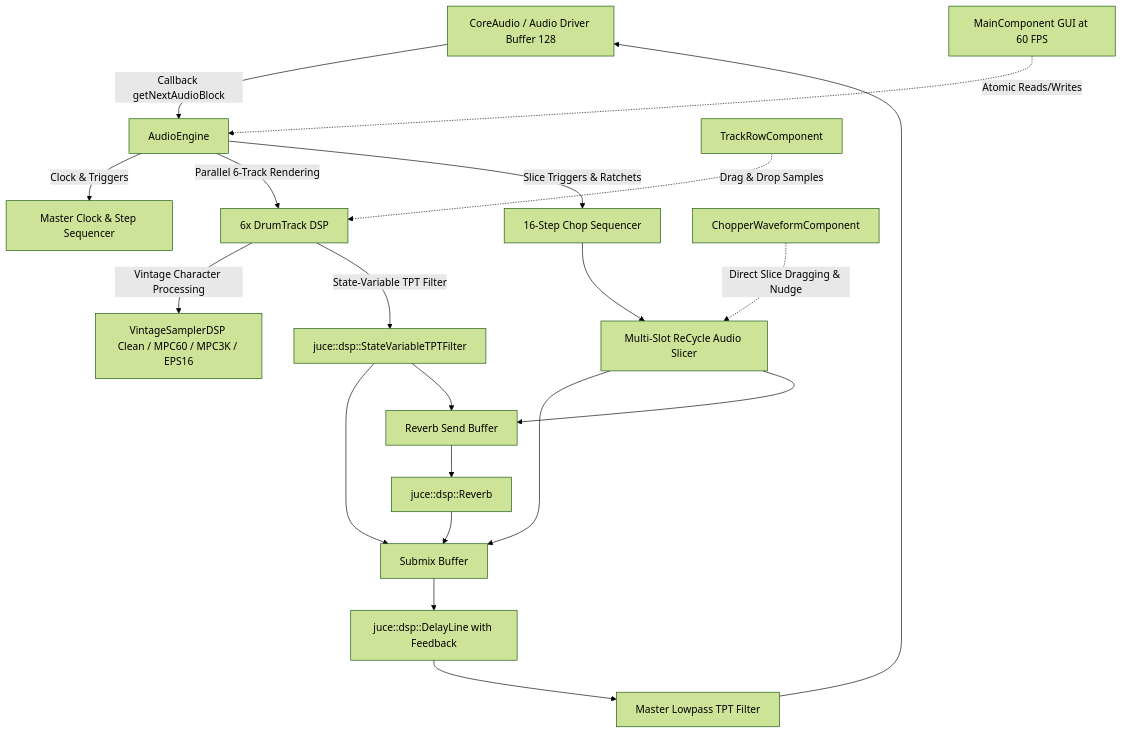
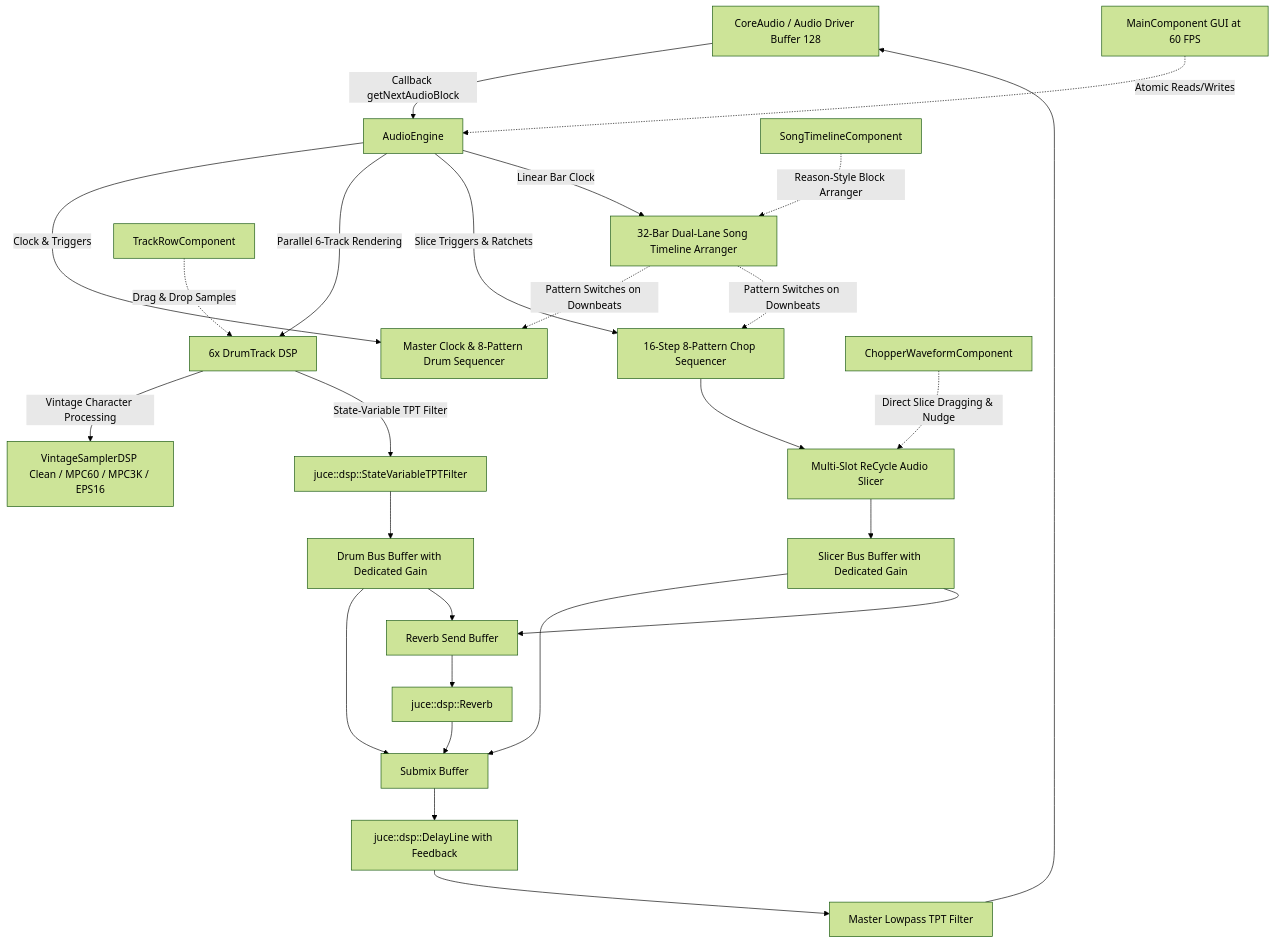
The diagram in breakstep_juce/TECHNICAL_DOCUMENTATION.md (Ultramal13/BreakStep), drawn with Mermaid (forest theme) before and after one commit. The commit also changed other lines of this file and 20 other files, not shown here.

Commit message:
feat: add Genre Style Presets, Independent Bus Volumes, 8-Pattern Banks, and Reason-Style Linear Song Timeline (v0.3.5)

````diff
--- a/breakstep_juce/TECHNICAL_DOCUMENTATION.md
+++ b/breakstep_juce/TECHNICAL_DOCUMENTATION.md
@@ -11,25 +11,32 @@
 ```mermaid
 graph TD
     HardwareAudio[CoreAudio / Audio Driver Buffer 128] -->|Callback getNextAudioBlock| AudioEngine
-    AudioEngine -->|Clock & Triggers| StepSequencer[Master Clock & Step Sequencer]
+    AudioEngine -->|Clock & Triggers| StepSequencer[Master Clock & 8-Pattern Drum Sequencer]
     AudioEngine -->|Parallel 6-Track Rendering| DrumTracks[6x DrumTrack DSP]
     DrumTracks -->|Vintage Character Processing| VintageDSP[VintageSamplerDSP Clean / MPC60 / MPC3K / EPS16]
     DrumTracks -->|State-Variable TPT Filter| TrackFilter[juce::dsp::StateVariableTPTFilter]
+    TrackFilter --> DrumBusBuffer[Drum Bus Buffer with Dedicated Gain]
     
-    AudioEngine -->|Slice Triggers & Ratchets| SliceSequencer[16-Step Chop Sequencer]
+    AudioEngine -->|Slice Triggers & Ratchets| SliceSequencer[16-Step 8-Pattern Chop Sequencer]
     SliceSequencer --> AudioSlicer[Multi-Slot ReCycle Audio Slicer]
-    AudioSlicer --> Submix[Submix Buffer]
+    AudioSlicer --> SlicerBusBuffer[Slicer Bus Buffer with Dedicated Gain]
     
-    TrackFilter --> Submix
-    TrackFilter --> ReverbSend[Reverb Send Buffer]
-    AudioSlicer --> ReverbSend
+    AudioEngine -->|Linear Bar Clock| SongTimeline[32-Bar Dual-Lane Song Timeline Arranger]
+    SongTimeline -.->|Pattern Switches on Downbeats| StepSequencer
+    SongTimeline -.->|Pattern Switches on Downbeats| SliceSequencer
+    
+    DrumBusBuffer --> Submix[Submix Buffer]
+    SlicerBusBuffer --> Submix
+    DrumBusBuffer --> ReverbSend[Reverb Send Buffer]
+    SlicerBusBuffer --> ReverbSend
     ReverbSend --> GlobalReverb[juce::dsp::Reverb]
     GlobalReverb --> Submix
     Submix --> FeedbackDelay[juce::dsp::DelayLine with Feedback]
     FeedbackDelay --> MasterFilter[Master Lowpass TPT Filter]
     MasterFilter --> HardwareAudio
 
     MainComponent[MainComponent GUI at 60 FPS] -.->|Atomic Reads/Writes| AudioEngine
     TrackRowComponent[TrackRowComponent] -.->|Drag & Drop Samples| DrumTracks
     ChopperWaveform[ChopperWaveformComponent] -.->|Direct Slice Dragging & Nudge| AudioSlicer
+    TimelineUI[SongTimelineComponent] -.->|Reason-Style Block Arranger| SongTimeline
 ```
````
